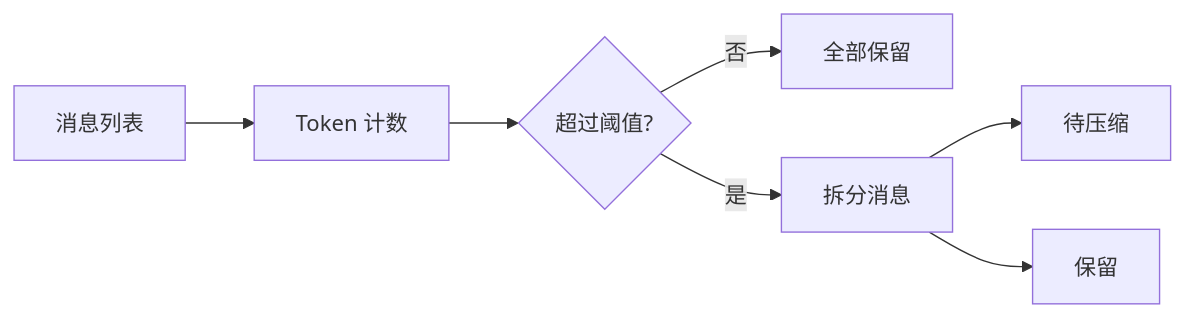
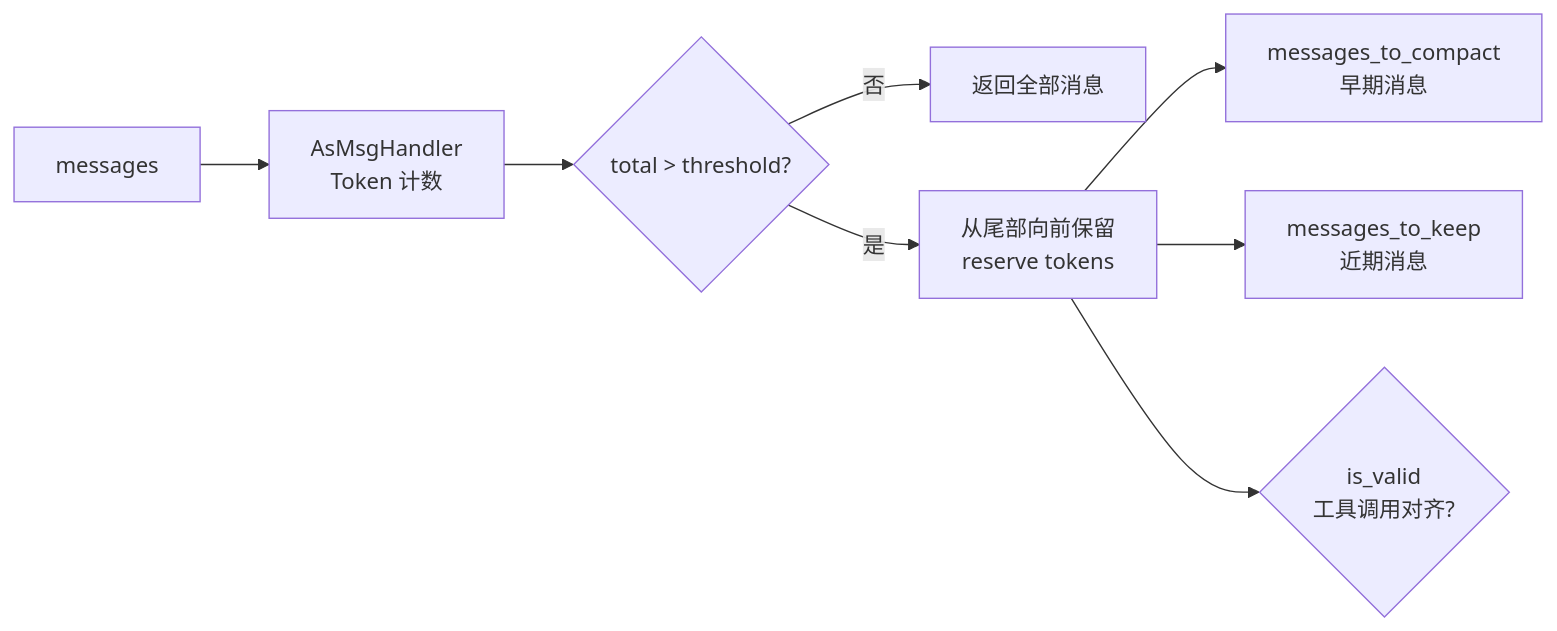
Before and after one commit to agentscope-ai/ReMe: the second of 9 diagrams in README_ZH.md, drawn with Mermaid. The commit also changed other lines of this file, not shown here.

Commit message:
docs(readme): update Chinese documentation with enhanced memory management diagrams

````diff
--- a/README_ZH.md
+++ b/README_ZH.md
@@ -192,9 +192,10 @@
 ```mermaid
 graph LR
-    M[消息列表] --> T[Token 计数]
-    T --> C{超过阈值?}
-    C -->|否| K[全部保留]
-    C -->|是| S[拆分消息]
-    S --> CP[待压缩]
-    S --> KP[保留]
+    M[messages] --> H[AsMsgHandler<br>Token 计数]
+    H --> C{total > threshold?}
+    C -->|否| K[返回全部消息]
+    C -->|是| S[从尾部向前保留<br>reserve tokens]
+    S --> CP[messages_to_compact<br>早期消息]
+    S --> KP[messages_to_keep<br>近期消息]
+    S --> V{is_valid<br>工具调用对齐?}
 ```
````
